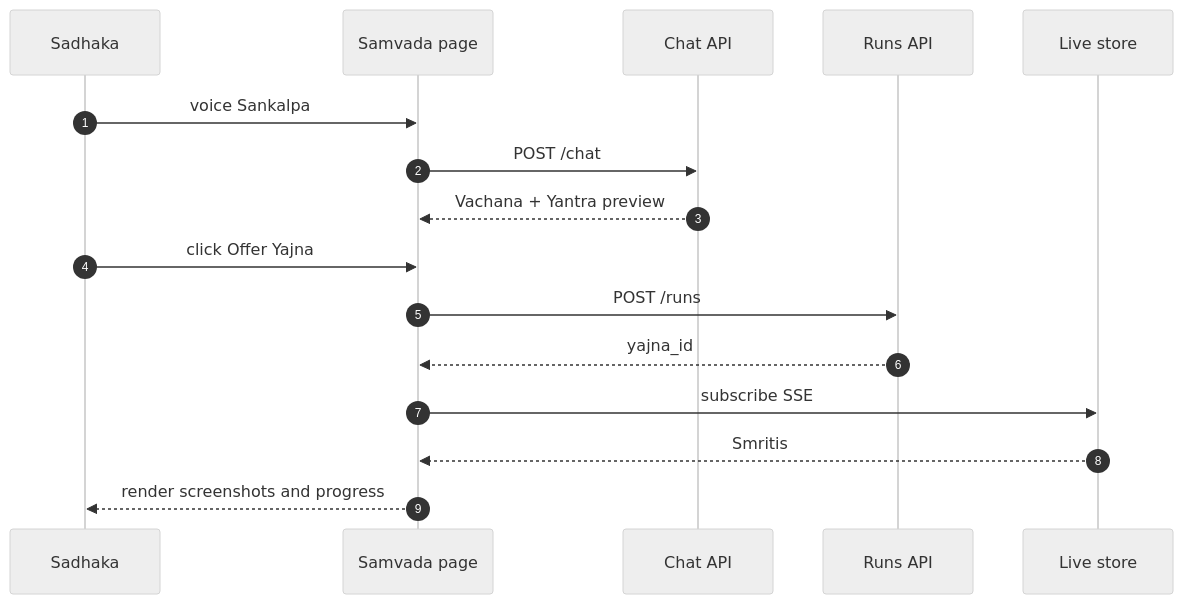
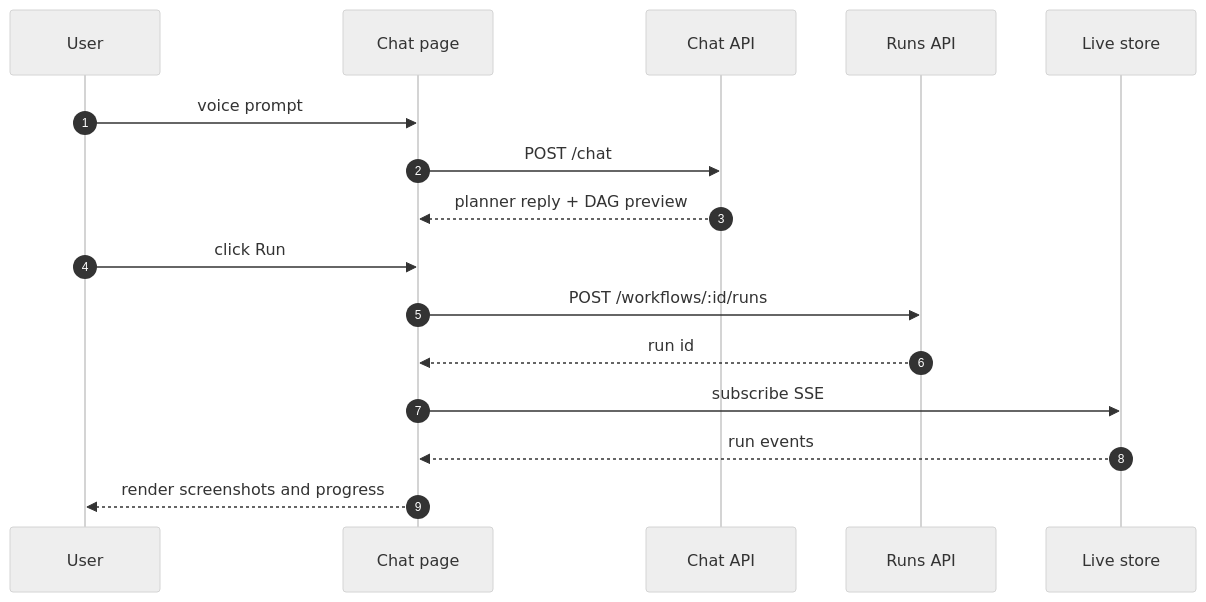
The fifth of 8 diagrams in documentation/src/04-Frontend-Architecture.md (so-weak/Aakaar), drawn with Mermaid (neutral theme) before and after one commit. The commit also changed other lines of this file and 23 other files, not shown here.

````diff
--- a/documentation/src/04-Frontend-Architecture.md
+++ b/documentation/src/04-Frontend-Architecture.md
@@ -140,19 +143,19 @@
 ```mermaid
 sequenceDiagram
   autonumber
-  participant U as Sadhaka
-  participant CP as Samvada page
+  participant U as User
+  participant CP as Chat page
   participant A as Chat API
   participant R as Runs API
   participant L as Live store
 
-  U->>CP: voice Sankalpa
+  U->>CP: voice prompt
   CP->>A: POST /chat
-  A-->>CP: Vachana + Yantra preview
-  U->>CP: click Offer Yajna
-  CP->>R: POST /runs
-  R-->>CP: yajna_id
+  A-->>CP: planner reply + DAG preview
+  U->>CP: click Run
+  CP->>R: POST /workflows/:id/runs
+  R-->>CP: run id
   CP->>L: subscribe SSE
-  L-->>CP: Smritis
+  L-->>CP: run events
   CP-->>U: render screenshots and progress
 ```
````
